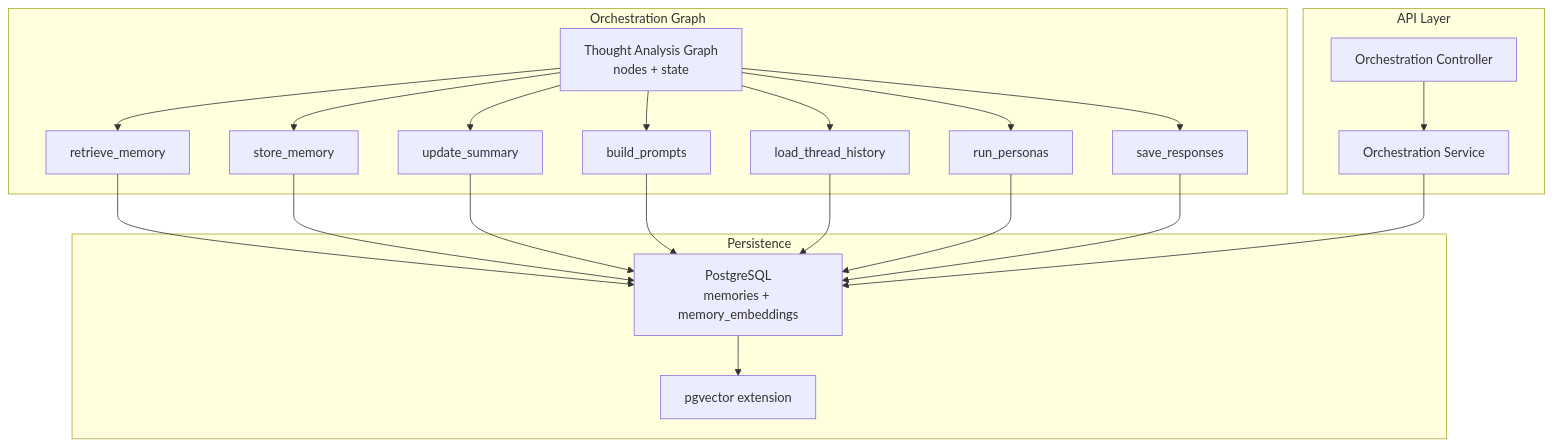
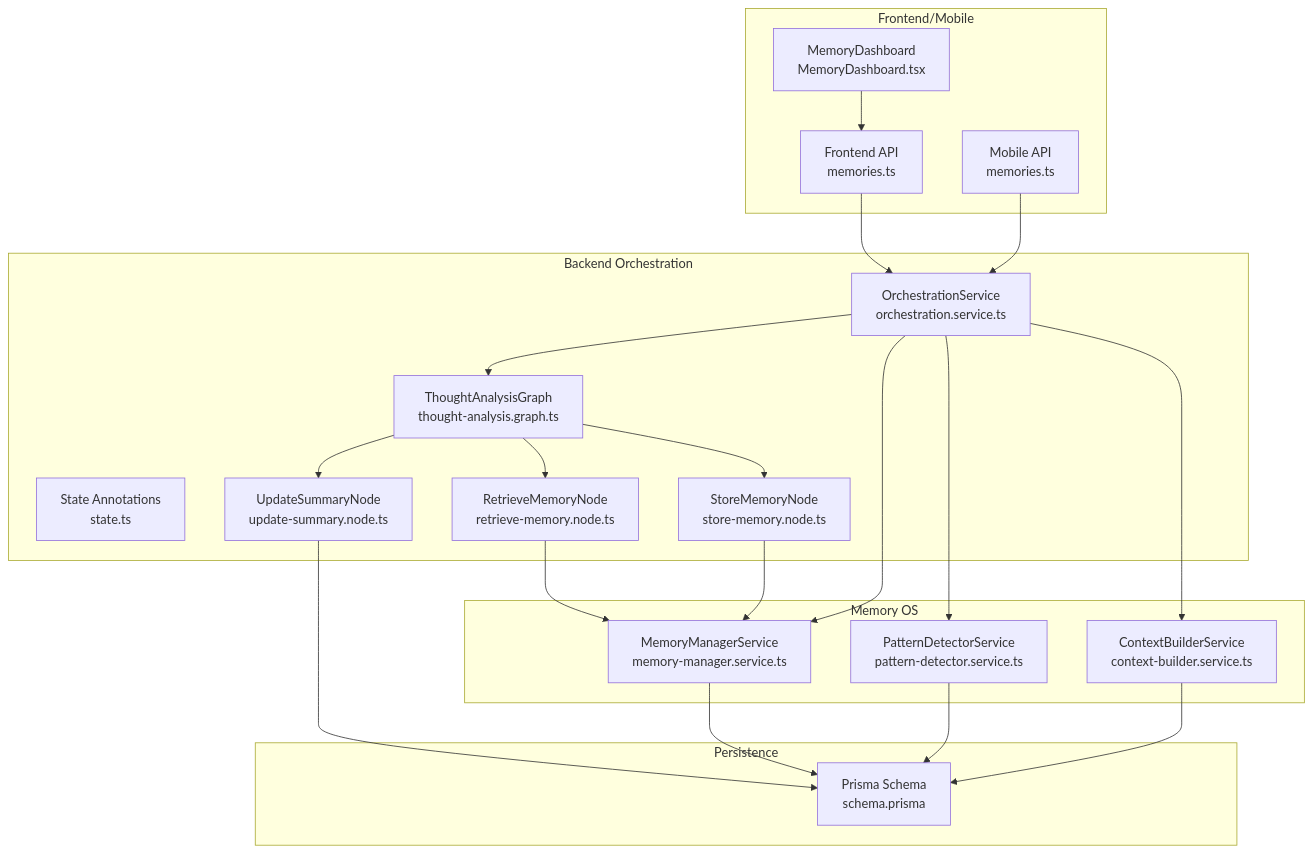
The first of 6 diagrams in .qoder/repowiki/en/content/Core Features/Thought & Memory System/Memory Consolidation & Retrieval.md (statgod6/4ever), drawn with Mermaid before and after one commit. The commit also changed other lines of this file and 116 other files, not shown here.

````diff
--- a/.qoder/repowiki/en/content/Core Features/Thought & Memory System/Memory Consolidation & Retrieval.md
+++ b/.qoder/repowiki/en/content/Core Features/Thought & Memory System/Memory Consolidation & Retrieval.md
@@ -45,38 +41,40 @@
 ```mermaid
 graph TB
-subgraph "Orchestration Graph"
-G["Thought Analysis Graph<br/>nodes + state"]
-RM["retrieve_memory"]
-SM["store_memory"]
-US["update_summary"]
-BP["build_prompts"]
-LTH["load_thread_history"]
-RP["run_personas"]
-SR["save_responses"]
+subgraph "Frontend/Mobile"
+FE["Frontend API<br/>memories.ts"]
+MOBILE["Mobile API<br/>memories.ts"]
+UI["MemoryDashboard<br/>MemoryDashboard.tsx"]
+end
+subgraph "Backend Orchestration"
+ORCH["OrchestrationService<br/>orchestration.service.ts"]
+GRAPH["ThoughtAnalysisGraph<br/>thought-analysis.graph.ts"]
+STATE["State Annotations<br/>state.ts"]
+RETRIEVE["RetrieveMemoryNode<br/>retrieve-memory.node.ts"]
+STORE["StoreMemoryNode<br/>store-memory.node.ts"]
+SUMMARY["UpdateSummaryNode<br/>update-summary.node.ts"]
+end
+subgraph "Memory OS"
+MM["MemoryManagerService<br/>memory-manager.service.ts"]
+PD["PatternDetectorService<br/>pattern-detector.service.ts"]
+CB["ContextBuilderService<br/>context-builder.service.ts"]
 end
 subgraph "Persistence"
-DB["PostgreSQL<br/>memories + memory_embeddings"]
-V["pgvector extension"]
+PRISMA["Prisma Schema<br/>schema.prisma"]
 end
-subgraph "API Layer"
-CTRL["Orchestration Controller"]
-SVC["Orchestration Service"]
-end
-G --> RM
-G --> LTH
-G --> BP
-G --> RP
-G --> SR
-G --> US
-G --> SM
-RM --> DB
-SM --> DB
-US --> DB
-BP --> DB
-LTH --> DB
-RP --> DB
-SR --> DB
-DB --> V
-CTRL --> SVC
-SVC --> DB
+FE --> ORCH
+MOBILE --> ORCH
+UI --> FE
+ORCH --> GRAPH
+GRAPH --> RETRIEVE
+GRAPH --> STORE
+GRAPH --> SUMMARY
+RETRIEVE --> MM
+STORE --> MM
+SUMMARY --> PRISMA
+ORCH --> MM
+ORCH --> PD
+ORCH --> CB
+MM --> PRISMA
+PD --> PRISMA
+CB --> PRISMA
 ```
````
